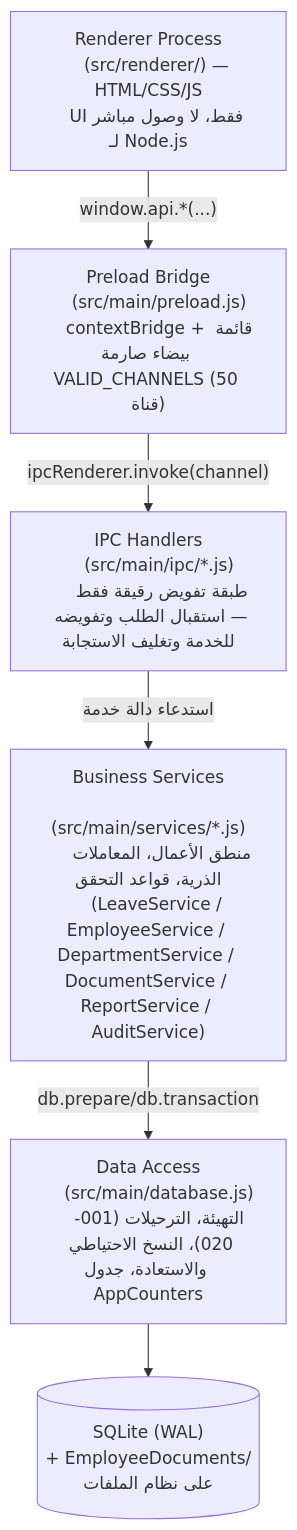
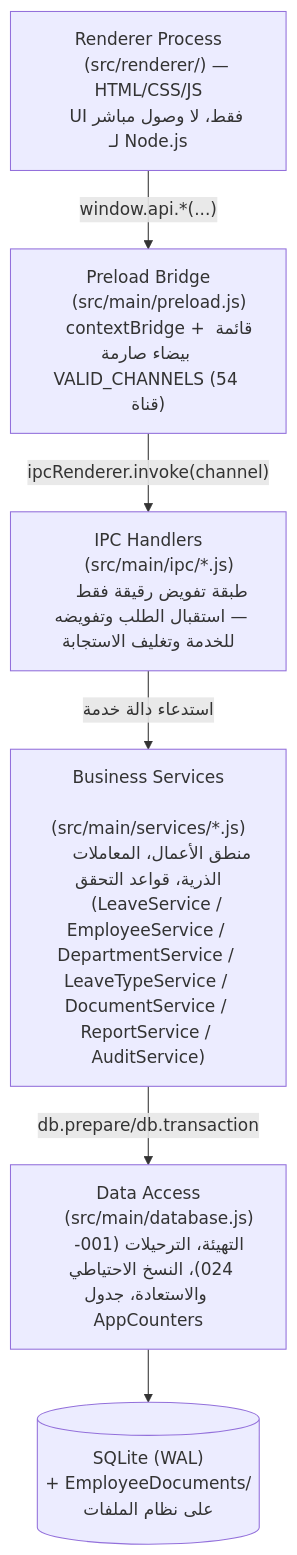
The first of 3 diagrams in docs/ARCHITECTURE.md (sajadmssa/Holidays), drawn with Mermaid before and after one commit. The commit also changed other lines of this file and 28 other files, not shown here.

````diff
--- a/docs/ARCHITECTURE.md
+++ b/docs/ARCHITECTURE.md
@@ -30,28 +30,28 @@
 ```mermaid
 flowchart TD
     A["Renderer Process
     (src/renderer/) — HTML/CSS/JS
     UI فقط، لا وصول مباشر لـ Node.js"]
     B["Preload Bridge
     (src/main/preload.js)
-    contextBridge + قائمة بيضاء صارمة VALID_CHANNELS (50 قناة)"]
+    contextBridge + قائمة بيضاء صارمة VALID_CHANNELS (54 قناة)"]
     C["IPC Handlers
     (src/main/ipc/*.js)
     طبقة تفويض رقيقة فقط — استقبال الطلب وتفويضه للخدمة وتغليف الاستجابة"]
     D["Business Services
     (src/main/services/*.js)
     منطق الأعمال، المعاملات الذرية، قواعد التحقق
-    (LeaveService / EmployeeService / DepartmentService / DocumentService / ReportService / AuditService)"]
+    (LeaveService / EmployeeService / DepartmentService / LeaveTypeService / DocumentService / ReportService / AuditService)"]
     E["Data Access
     (src/main/database.js)
-    التهيئة، الترحيلات (001-020)، النسخ الاحتياطي والاستعادة، جدول AppCounters"]
+    التهيئة، الترحيلات (001-024)، النسخ الاحتياطي والاستعادة، جدول AppCounters"]
     F[("SQLite (WAL)
     + EmployeeDocuments/
     على نظام الملفات")]
 
     A -->|"window.api.*(...)"| B
     B -->|"ipcRenderer.invoke(channel)"| C
     C -->|"استدعاء دالة خدمة"| D
     D -->|"db.prepare/db.transaction"| E
     E --> F
 ```
````
